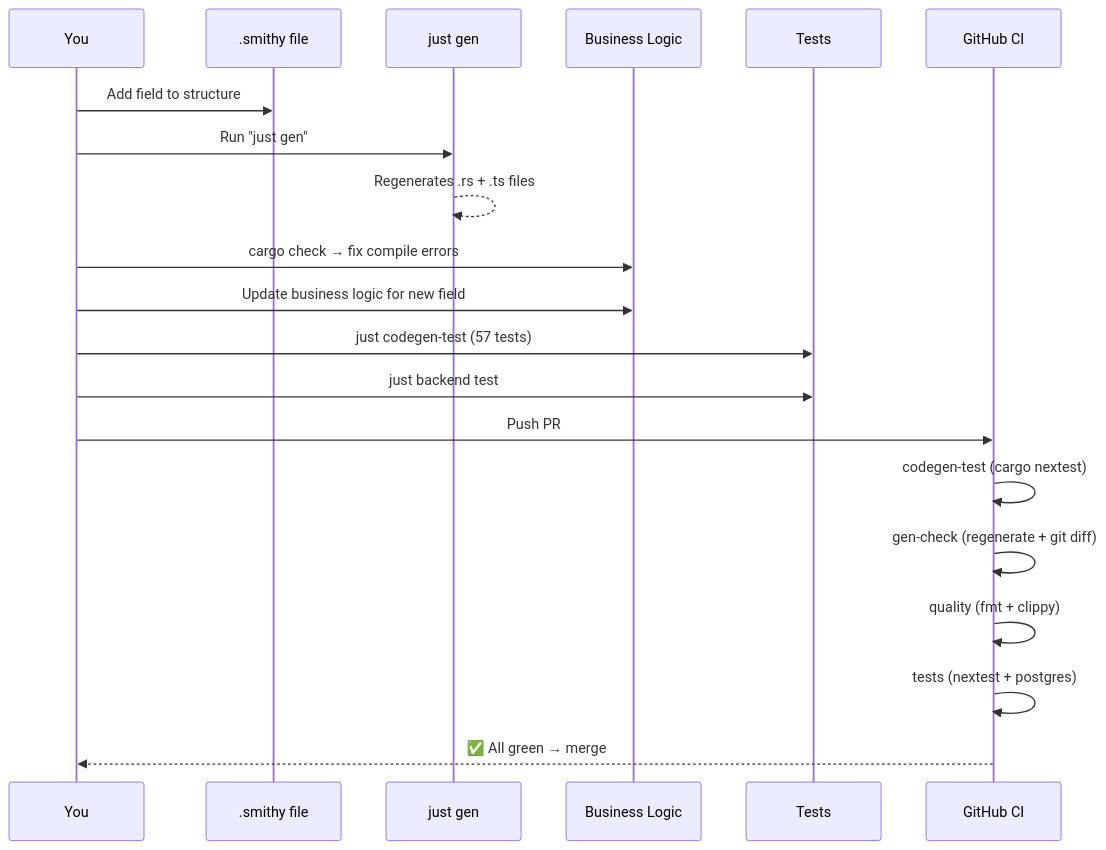
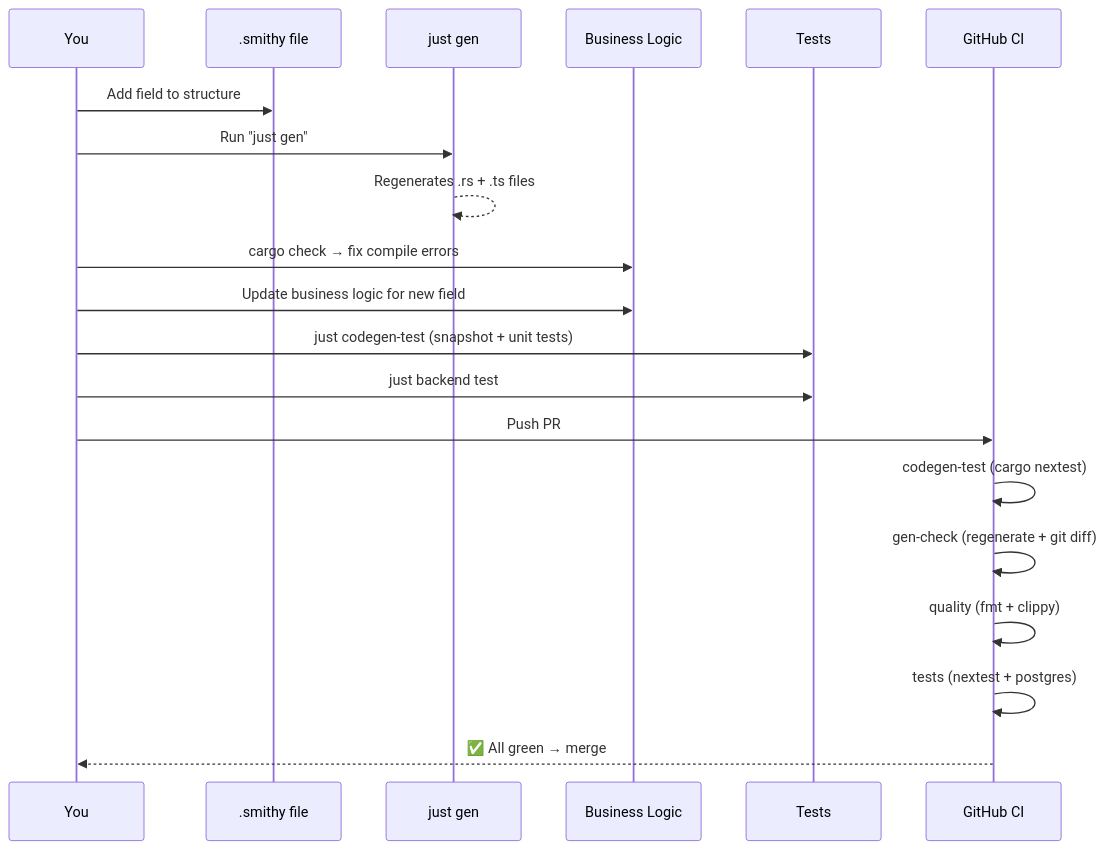
Before and after one commit to anu19981/aarokya-backend: the seventh of 10 diagrams in api-reference/architecture/smithy-codegen-guide.mdx, drawn with Mermaid. The commit also changed other lines of this file and 82 other files, not shown here.

````diff
--- a/api-reference/architecture/smithy-codegen-guide.mdx
+++ b/api-reference/architecture/smithy-codegen-guide.mdx
@@ -359,23 +372,23 @@
 ```mermaid
 sequenceDiagram
     participant You
     participant Smithy as .smithy file
     participant Gen as just gen
     participant Code as Business Logic
     participant Test as Tests
     participant CI as GitHub CI
 
     You->>Smithy: Add field to structure
     You->>Gen: Run "just gen"
     Gen-->>Gen: Regenerates .rs + .ts files
     You->>Code: cargo check → fix compile errors
     You->>Code: Update business logic for new field
-    You->>Test: just codegen-test (57 tests)
+    You->>Test: just codegen-test (snapshot + unit tests)
     You->>Test: just backend test
     You->>CI: Push PR
     CI->>CI: codegen-test (cargo nextest)
     CI->>CI: gen-check (regenerate + git diff)
     CI->>CI: quality (fmt + clippy)
     CI->>CI: tests (nextest + postgres)
     CI-->>You: ✅ All green → merge
 ```
````
